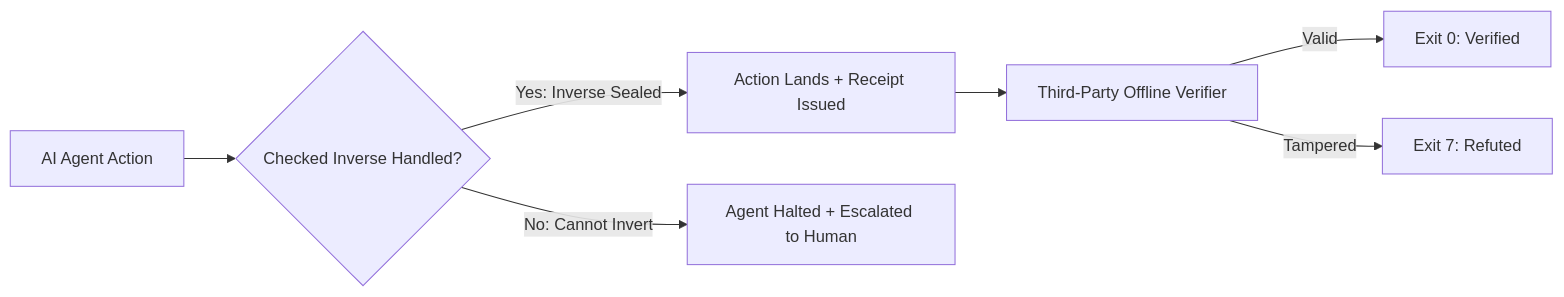
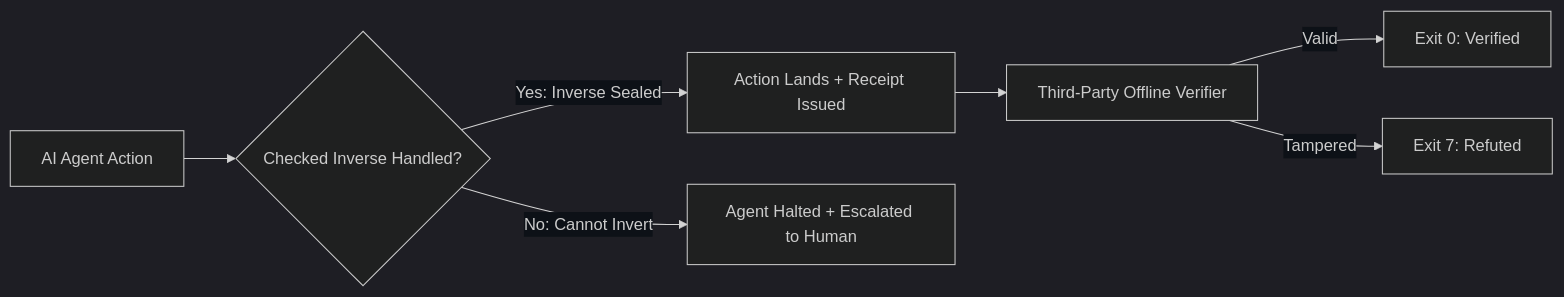
Before and after one commit to TraceFold/tracefold: the diagram in README.md, drawn with Mermaid. The commit also changed other lines of this file, not shown here.

Commit message:
style: Electric Purple & Cyber Blue Flow UI overhaul with integrated systems header

````diff
--- a/README.md
+++ b/README.md
@@ -60,9 +71,10 @@
 ```mermaid
+%%{init: {'theme': 'dark', 'themeVariables': { 'primaryColor': '#7928ca', 'edgeLabelBackground':'#0d1117', 'tertiaryColor': '#0070f3'}}}%%
 graph LR
   Agent[AI Agent Action] --> Gate{Checked Inverse Handled?}
   Gate -->|Yes: Inverse Sealed| Land[Action Lands + Receipt Issued]
   Gate -->|No: Cannot Invert| Stop[Agent Halted + Escalated to Human]
   Land --> ThirdParty[Third-Party Offline Verifier]
   ThirdParty -->|Valid| Pass[Exit 0: Verified]
   ThirdParty -->|Tampered| Fail[Exit 7: Refuted]
 ```
````
